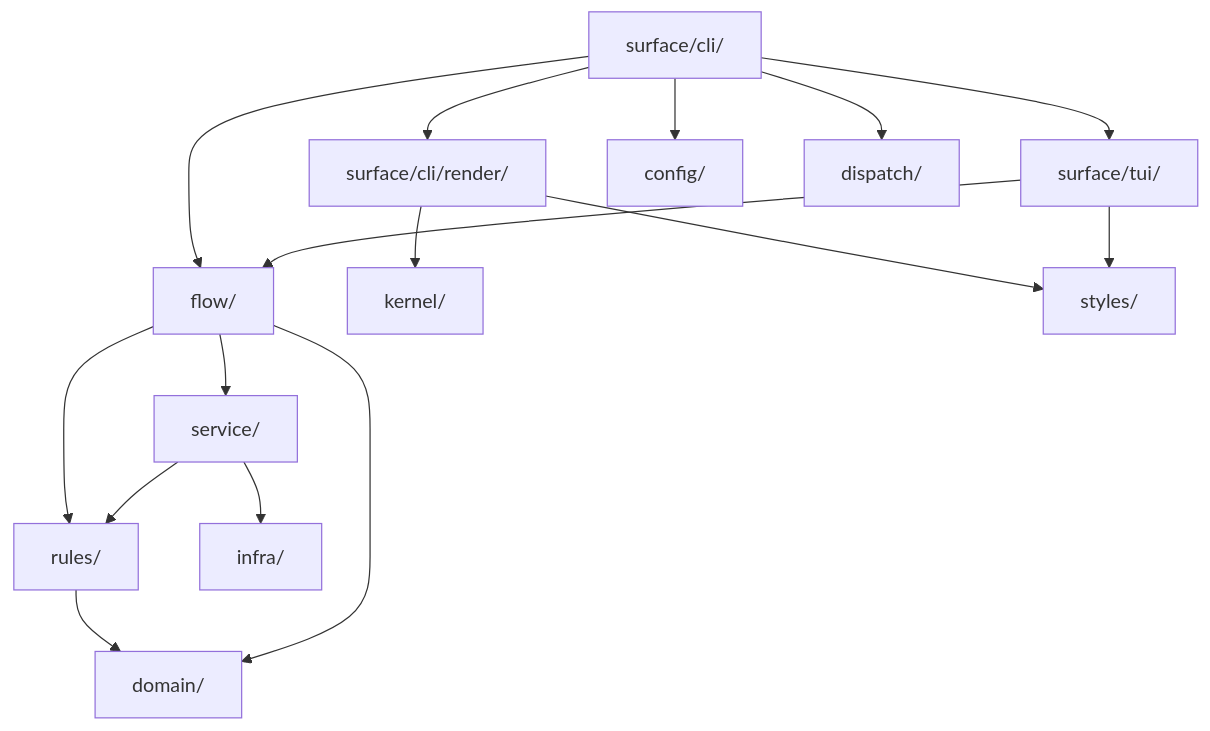
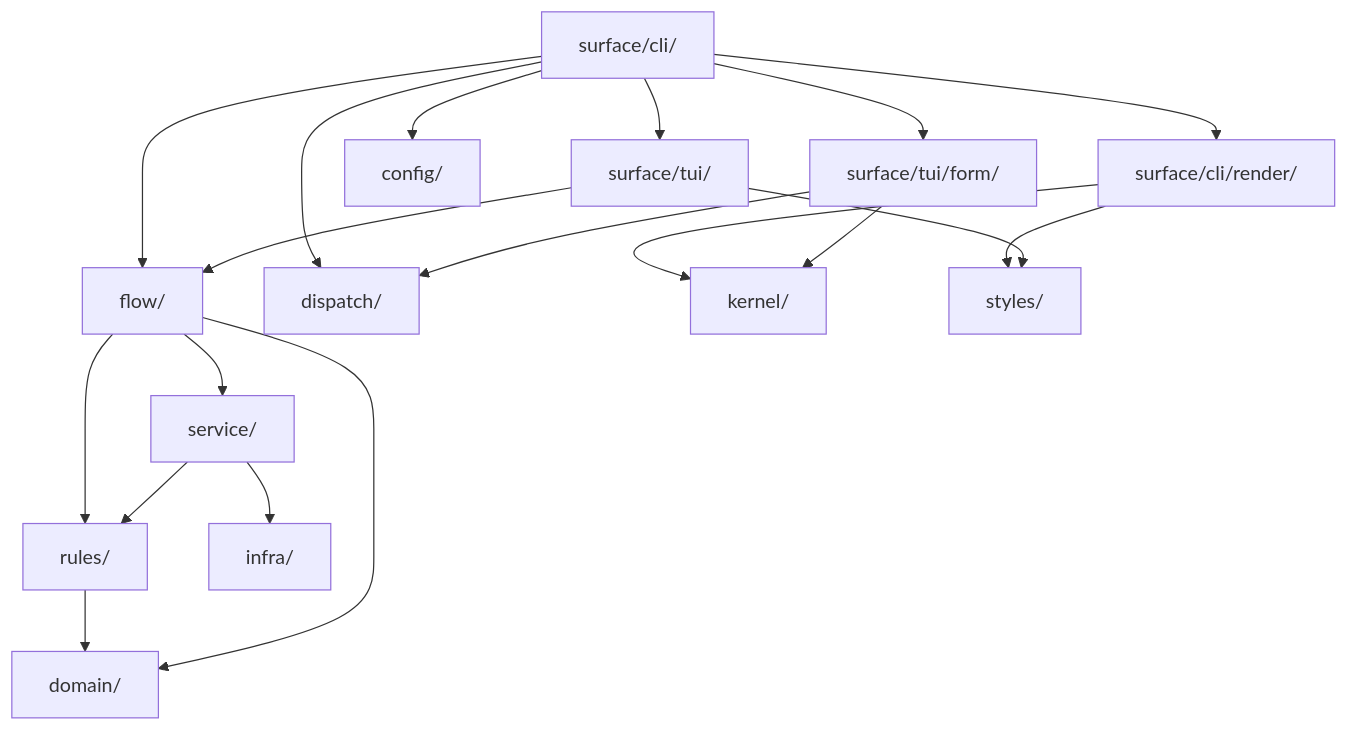
One commit to LucasPcq/wtm changed the diagram in docs/dev/architecture.md. Above: the diagram before and after it, drawn with Mermaid. The commit also changed other lines of this file and 40 other files, not shown here.

````diff
--- a/docs/dev/architecture.md
+++ b/docs/dev/architecture.md
@@ -153,18 +156,21 @@
 ```mermaid
 flowchart TD
   commands["surface/cli/"] --> flow["flow/"]
   commands --> output["surface/cli/render/"]
   commands --> tui["surface/tui/"]
   commands --> config["config/"]
   commands --> dispatch["dispatch/"]
   output --> kernel["kernel/"]
+  commands --> form["surface/tui/form/"]
+  form --> dispatch
+  form --> kernel
   tui --> flow
   flow --> service["service/"]
   flow --> rules["rules/"]
   service --> infra["infra/"]
   service --> rules
   rules --> domain["domain/"]
   flow --> domain
   output --> styles["styles/"]
   tui --> styles
 ```
````
